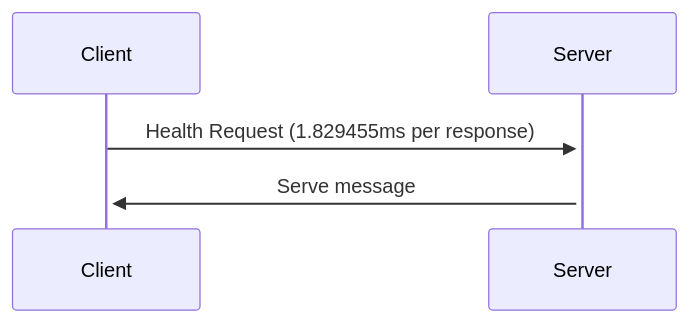
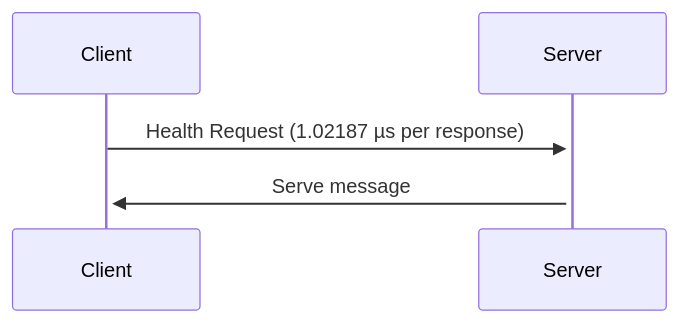
The first of 2 diagrams in README.md (Ja7ad/grpc-unix-socket), drawn with Mermaid before and after one commit. The commit also changed other lines of this file, not shown here.

````diff
--- a/README.md
+++ b/README.md
@@ -15,7 +15,7 @@
 ```mermaid
 sequenceDiagram
 
-Client->>+Server: Health Request (1.829455ms per response)
+Client->>+Server: Health Request (1.02187 µs per response)
 
 Server->>+Client: Serve message
 ```
````
